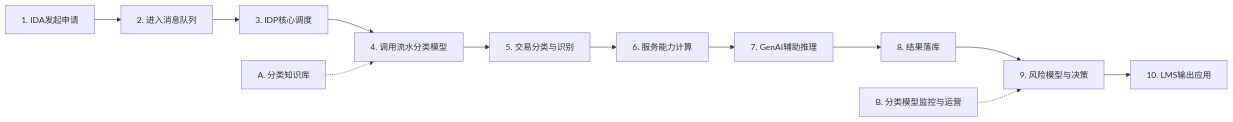
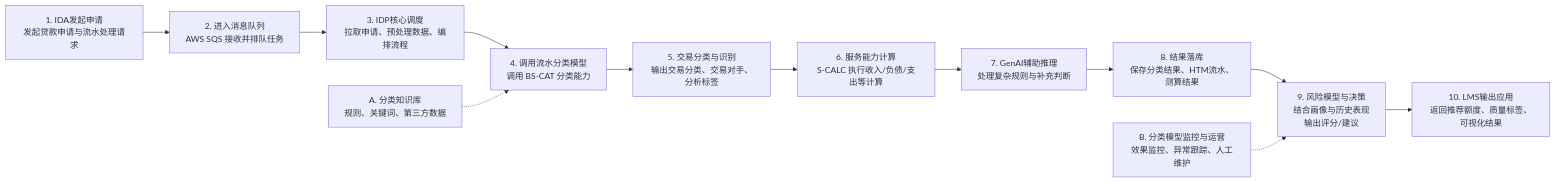
One commit to EliamZhang/AI-report-materials---August-13th changed the diagram in 端到端流程与模型规划.md. Above: the diagram before and after it, drawn with Mermaid. The commit also changed other lines of this file, not shown here.

Commit message:
端到端流程与模型规划精简重组：第一部分删除 10 步文字与支撑能力小节，流程信息全部并入 mermaid 图节点（每节点标题+细节两行，A/B 支撑能力同样补全）；「当前现状」合并为「部署与联调」状态行 + 下游分工表（IDA/风险模型/人审）+ 近期节奏表；「运维」小节改为「1 人 + 2 个 AI Agent」闭环（质检 Agent：调用监控/效果监控/问题诊断并生成优先级 Todo；知识库 Agent：知识补全/校验/更新，人工审核后沉淀；专人跟踪推进确认与上线），并补充最终闭环路径说明

````diff
--- a/端到端流程与模型规划.md
+++ b/端到端流程与模型规划.md
@@ -68,15 +7,15 @@
 ```mermaid
 flowchart LR
-    A1[1. IDA发起申请] --> A2[2. 进入消息队列]
-    A2 --> B1[3. IDP核心调度]
-    B1 --> B2[4. 调用流水分类模型]
-    B2 --> C1[5. 交易分类与识别]
-    C1 --> C2[6. 服务能力计算]
-    C2 --> C3[7. GenAI辅助推理]
-    C3 --> C4[8. 结果落库]
-    C4 --> D1[9. 风险模型与决策]
-    D1 --> D2[10. LMS输出应用]
+    A1[1. IDA发起申请<br/>发起贷款申请与流水处理请求] --> A2[2. 进入消息队列<br/>AWS SQS 接收并排队任务]
+    A2 --> B1[3. IDP核心调度<br/>拉取申请、预处理数据、编排流程]
+    B1 --> B2[4. 调用流水分类模型<br/>调用 BS-CAT 分类能力]
+    B2 --> C1[5. 交易分类与识别<br/>输出交易分类、交易对手、分析标签]
+    C1 --> C2[6. 服务能力计算<br/>S-CALC 执行收入/负债/支出等计算]
+    C2 --> C3[7. GenAI辅助推理<br/>处理复杂规则与补充判断]
+    C3 --> C4[8. 结果落库<br/>保存分类结果、HTM流水、测算结果]
+    C4 --> D1[9. 风险模型与决策<br/>结合画像与历史表现<br/>输出评分/建议]
+    D1 --> D2[10. LMS输出应用<br/>返回推荐额度、质量标签、可视化结果]
 
-    K[A. 分类知识库] -.-> B2
-    M[B. 分类模型监控与运营] -.-> D1
+    K[A. 分类知识库<br/>规则、关键词、第三方数据] -.-> B2
+    M[B. 分类模型监控与运营<br/>效果监控、异常跟踪、人工维护] -.-> D1
 ```
````
